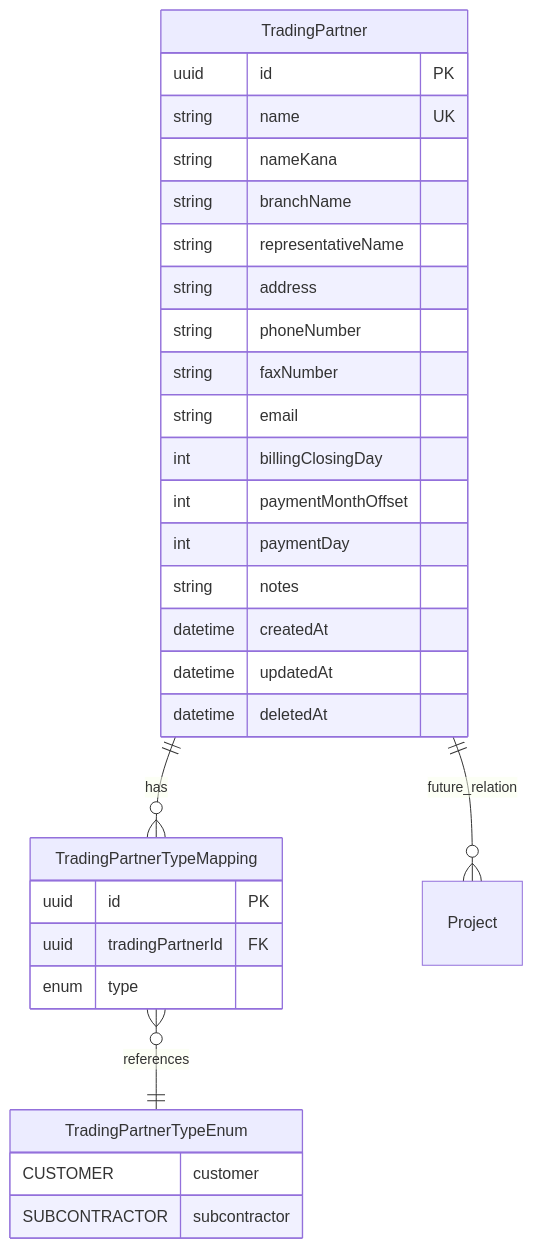
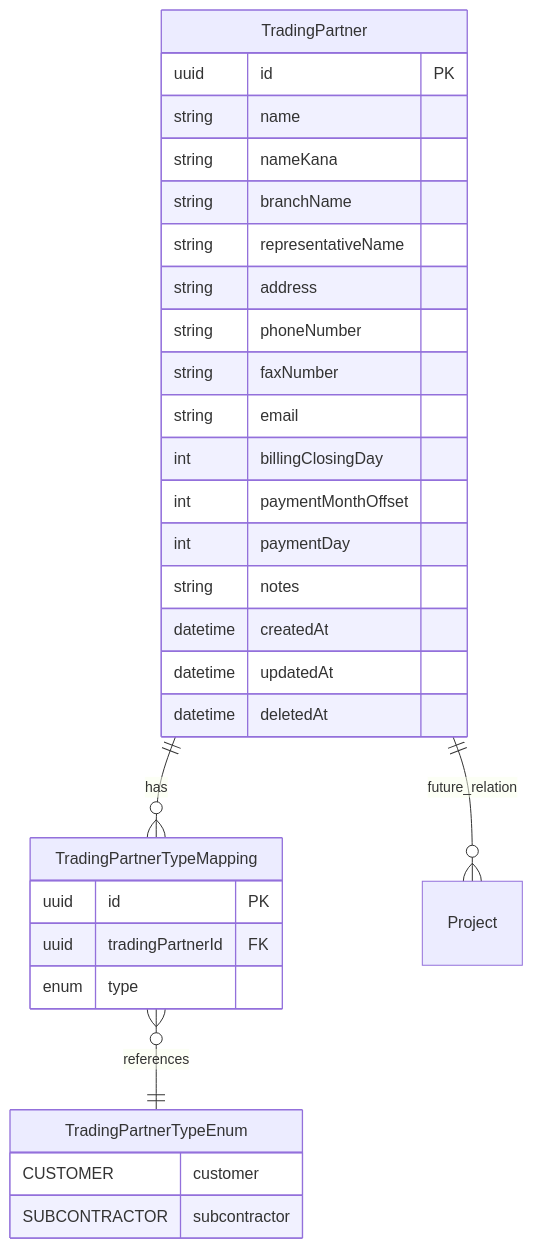
The sixth of 6 diagrams in .kiro/specs/trading-partner-management/design.md (inakanou/ArchiTrack), drawn with Mermaid before and after one commit. The commit also changed other lines of this file and 3 other files, not shown here.

````diff
--- a/.kiro/specs/trading-partner-management/design.md
+++ b/.kiro/specs/trading-partner-management/design.md
@@ -937,36 +967,36 @@
 ```mermaid
 erDiagram
     TradingPartner ||--o{ TradingPartnerTypeMapping : has
     TradingPartner ||--o{ Project : future_relation
     TradingPartnerTypeMapping }o--|| TradingPartnerTypeEnum : references
 
     TradingPartner {
         uuid id PK
-        string name UK
+        string name
         string nameKana
         string branchName
         string representativeName
         string address
         string phoneNumber
         string faxNumber
         string email
         int billingClosingDay
         int paymentMonthOffset
         int paymentDay
         string notes
         datetime createdAt
         datetime updatedAt
         datetime deletedAt
     }
 
     TradingPartnerTypeMapping {
         uuid id PK
         uuid tradingPartnerId FK
         enum type
     }
 
     TradingPartnerTypeEnum {
         CUSTOMER customer
         SUBCONTRACTOR subcontractor
     }
 ```
````
